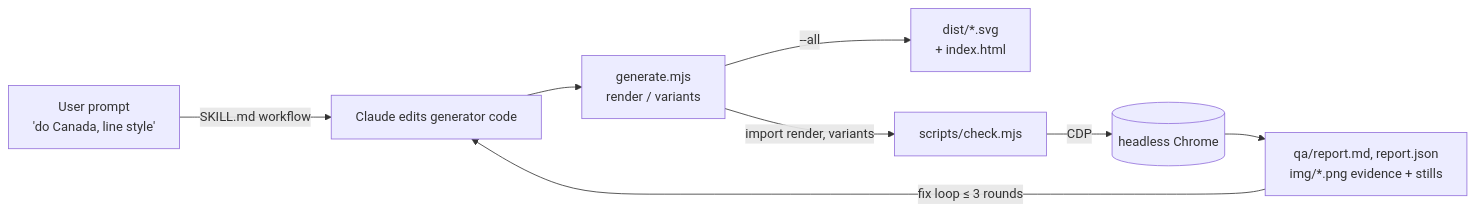
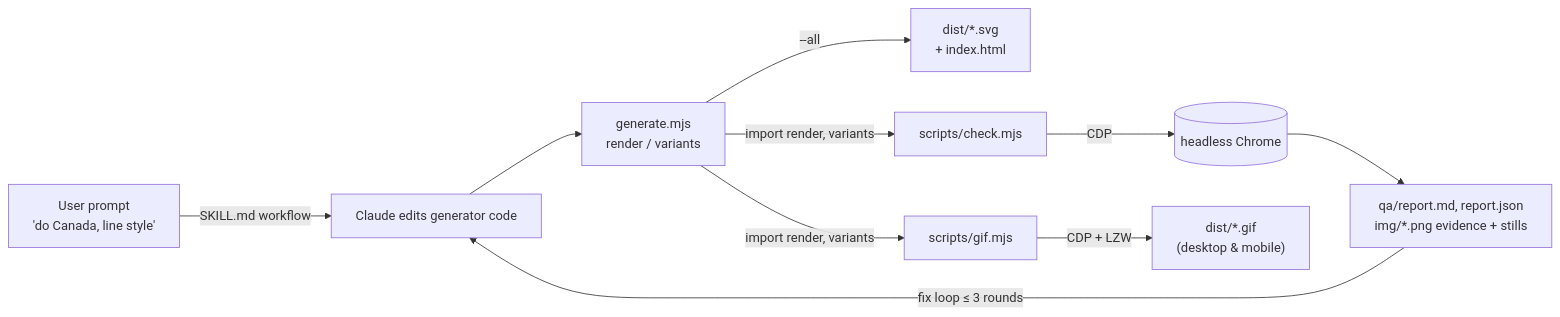
One commit to recferret-bit/tokengaroo changed the first of 2 diagrams in docs/architecture.md. Above: the diagram before and after it, drawn with Mermaid. The commit also changed other lines of this file and 9 other files, not shown here.

Commit message:
feat: Add animated SVG to GIF converter (desktop & mobile) and skill integration

````diff
--- a/docs/architecture.md
+++ b/docs/architecture.md
@@ -7,10 +7,12 @@
 ```mermaid
 flowchart LR
   U["User prompt<br/>'do Canada, line style'"] -->|SKILL.md workflow| C[Claude edits generator code]
   C --> G[generate.mjs<br/>render / variants]
   G -->|--all| D["dist/*.svg<br/>+ index.html"]
   G -->|import render, variants| H[scripts/check.mjs]
+  G -->|import render, variants| GIF[scripts/gif.mjs]
   H -->|CDP| CH[(headless Chrome)]
+  GIF -->|CDP + LZW| GOUT["dist/*.gif<br/>(desktop & mobile)"]
   CH --> R["qa/report.md, report.json<br/>img/*.png evidence + stills"]
   R -->|fix loop ≤ 3 rounds| C
 ```
````
